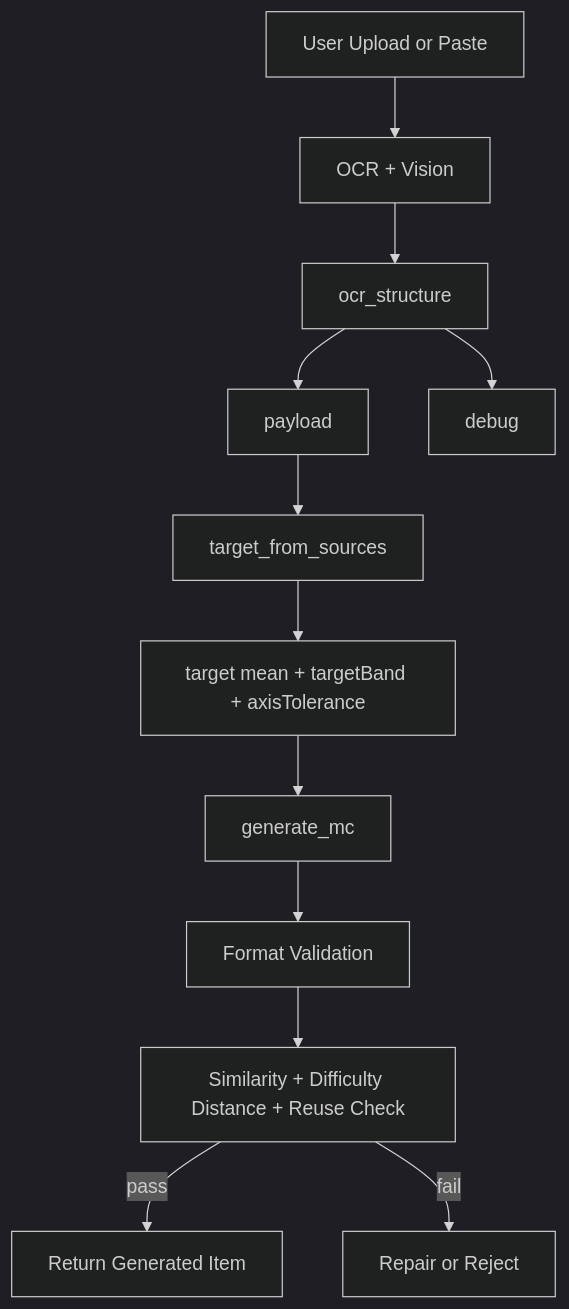
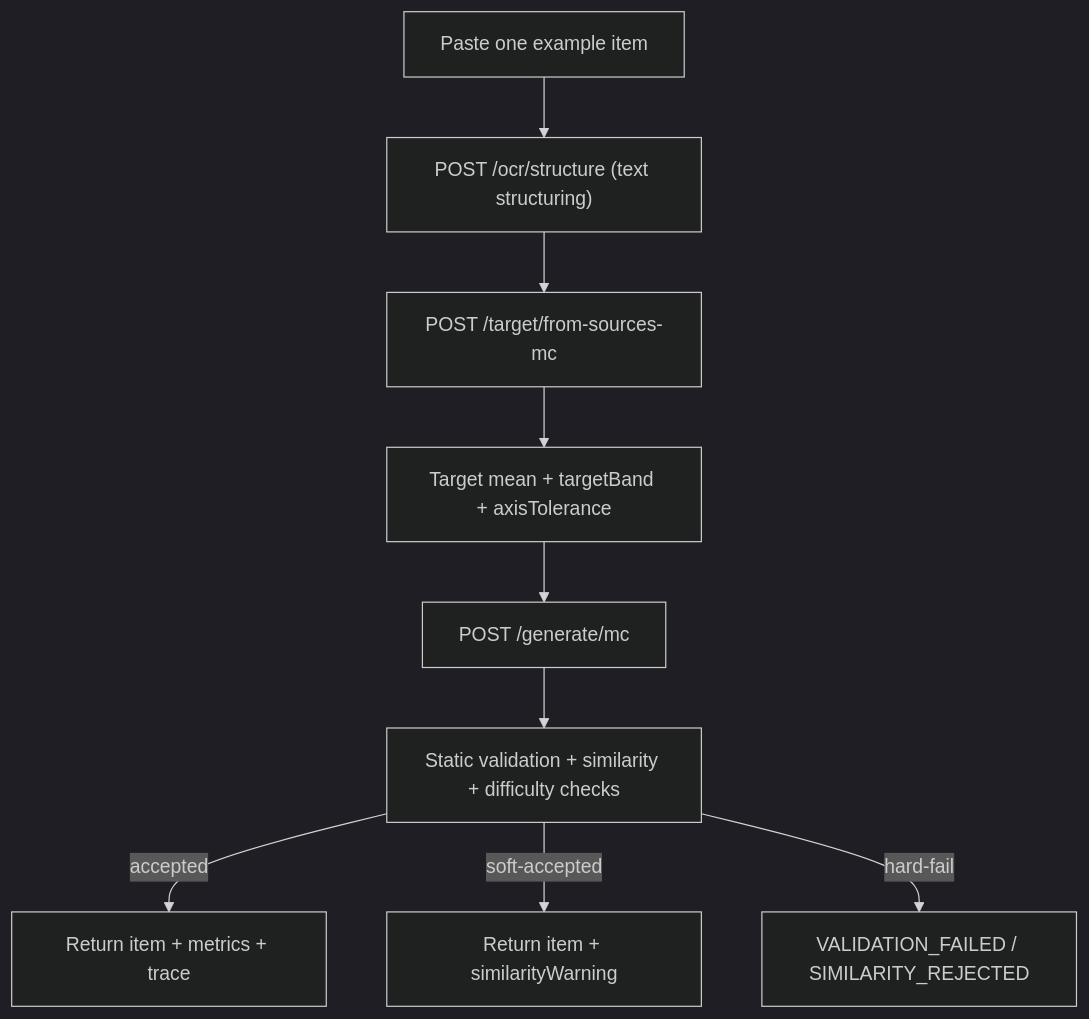
The diagram in README.md (MakikoOhashi/deterministic-ai-control-engine), drawn with Mermaid (dark theme) before and after one commit. The commit also changed other lines of this file and 2 other files, not shown here.

````diff
--- a/README.md
+++ b/README.md
@@ -77,14 +104,11 @@
 ```mermaid
 flowchart TD
-  A["User Upload or Paste"] --> B["OCR + Vision"]
-  B --> C["ocr_structure"]
-  C --> C1["payload"]
-  C --> C2["debug"]
-  C1 --> D["target_from_sources"]
-  D --> E["target mean + targetBand + axisTolerance"]
-  E --> F["generate_mc"]
-  F --> G["Format Validation"]
-  G --> H["Similarity + Difficulty Distance + Reuse Check"]
-  H -->|pass| I["Return Generated Item"]
-  H -->|fail| J["Repair or Reject"]
+  A["Paste one example item"] --> B["POST /ocr/structure (text structuring)"]
+  B --> C["POST /target/from-sources-mc"]
+  C --> D["Target mean + targetBand + axisTolerance"]
+  D --> E["POST /generate/mc"]
+  E --> F["Static validation + similarity + difficulty checks"]
+  F -->|accepted| G["Return item + metrics + trace"]
+  F -->|soft-accepted| H["Return item + similarityWarning"]
+  F -->|hard-fail| I["VALIDATION_FAILED / SIMILARITY_REJECTED"]
 ```
````
